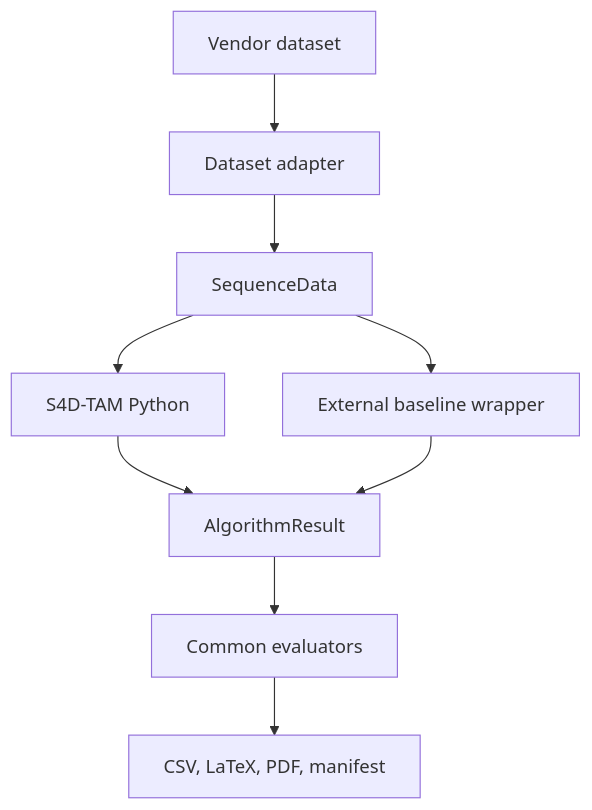
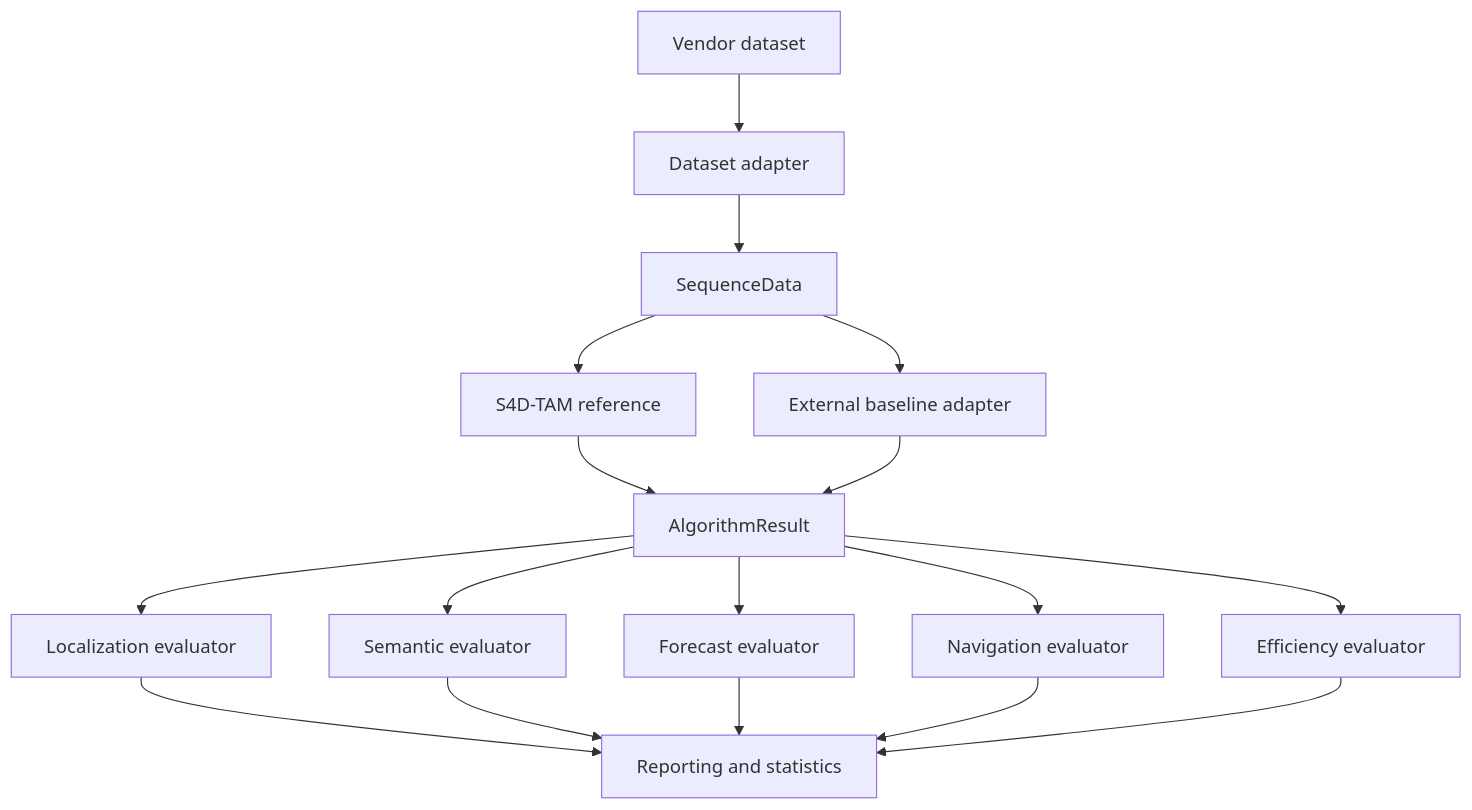
The first of 2 diagrams in docs/architecture.md (MatPomGit/s4d-tam), drawn with Mermaid before and after one commit. The commit also changed other lines of this file and 5 other files, not shown here.

````diff
--- a/docs/architecture.md
+++ b/docs/architecture.md
@@ -10,11 +9,19 @@
 ```mermaid
 flowchart TD
     A[Vendor dataset] --> B[Dataset adapter]
     B --> C[SequenceData]
-    C --> D[S4D-TAM Python]
-    C --> E[External baseline wrapper]
+    C --> D[S4D-TAM reference]
+    C --> E[External baseline adapter]
     D --> F[AlgorithmResult]
     E --> F
-    F --> G[Common evaluators]
-    G --> H[CSV, LaTeX, PDF, manifest]
+    F --> G[Localization evaluator]
+    F --> H[Semantic evaluator]
+    F --> I[Forecast evaluator]
+    F --> J[Navigation evaluator]
+    F --> K[Efficiency evaluator]
+    G --> L[Reporting and statistics]
+    H --> L
+    I --> L
+    J --> L
+    K --> L
 ```
````
